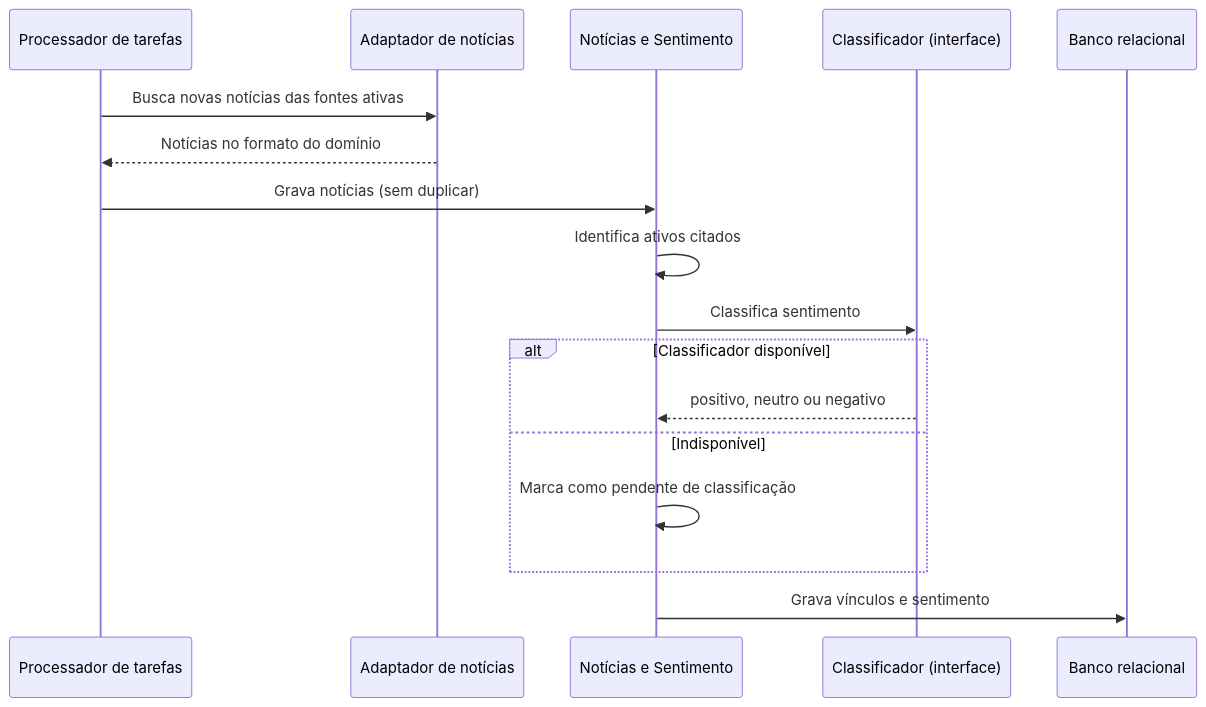
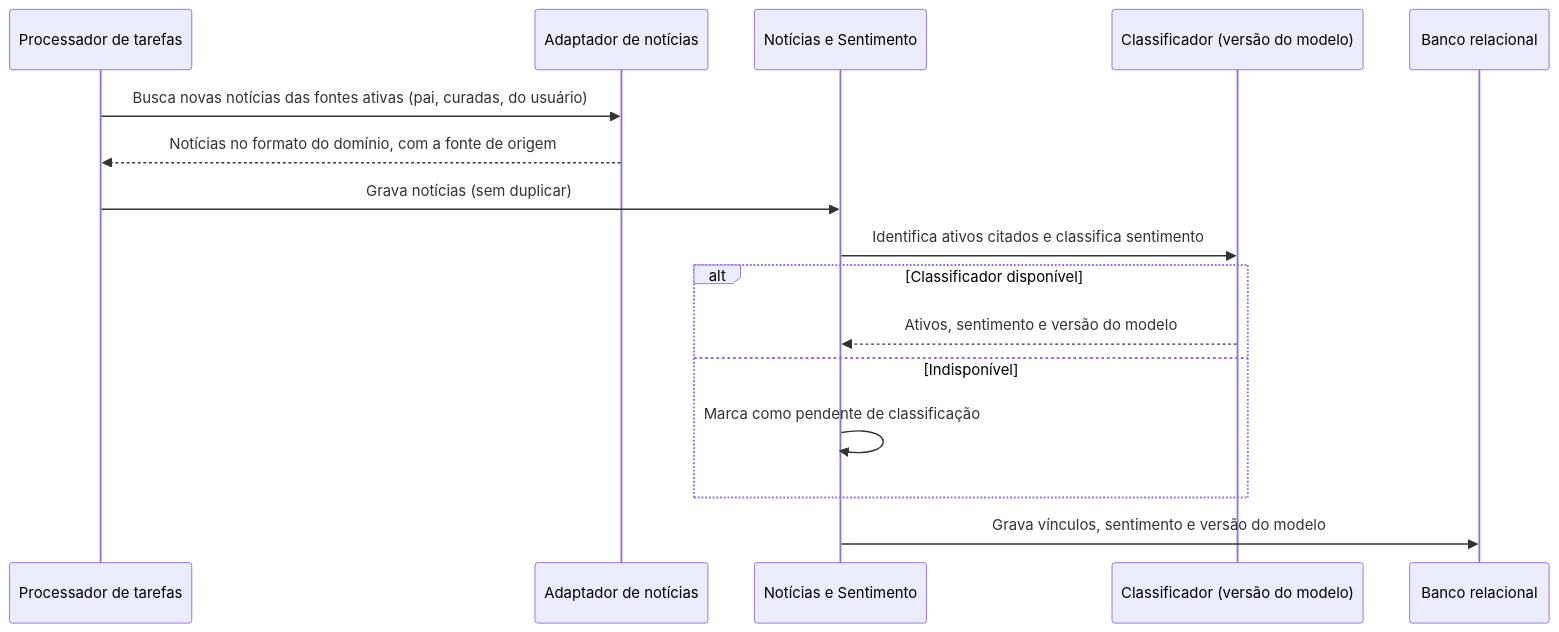
One commit to AnjiNight/Revolution-THE-BOB changed the seventh of 9 diagrams in arquitetura.md. Above: the diagram before and after it, drawn with Mermaid. The commit also changed other lines of this file and 24 other files, not shown here.

````diff
--- a/arquitetura.md
+++ b/arquitetura.md
@@ -525,20 +370,19 @@
 ```mermaid
 sequenceDiagram
     participant JOB as Processador de tarefas
     participant AD as Adaptador de notícias
     participant NEWS as Notícias e Sentimento
-    participant CLS as Classificador (interface)
+    participant CLS as Classificador (versão do modelo)
     participant DB as Banco relacional
 
-    JOB->>AD: Busca novas notícias das fontes ativas
-    AD-->>JOB: Notícias no formato do domínio
+    JOB->>AD: Busca novas notícias das fontes ativas (pai, curadas, do usuário)
+    AD-->>JOB: Notícias no formato do domínio, com a fonte de origem
     JOB->>NEWS: Grava notícias (sem duplicar)
-    NEWS->>NEWS: Identifica ativos citados
-    NEWS->>CLS: Classifica sentimento
+    NEWS->>CLS: Identifica ativos citados e classifica sentimento
     alt Classificador disponível
-        CLS-->>NEWS: positivo, neutro ou negativo
+        CLS-->>NEWS: Ativos, sentimento e versão do modelo
     else Indisponível
         NEWS->>NEWS: Marca como pendente de classificação
     end
-    NEWS->>DB: Grava vínculos e sentimento
+    NEWS->>DB: Grava vínculos, sentimento e versão do modelo
 ```
````
